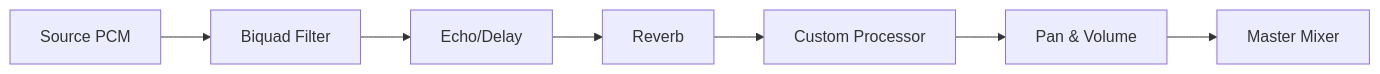
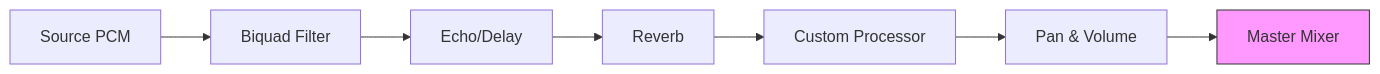
One commit to jmorel33/situation changed the seventh of 13 diagrams in situation_sdk_234.md. Above: the diagram before and after it, drawn with Mermaid. The commit also changed other lines of this file, not shown here.

````diff
--- a/situation_sdk_234.md
+++ b/situation_sdk_234.md
@@ -2191,9 +2411,11 @@
 ```mermaid
 graph LR
-PCM[Source PCM] --> Filter[Biquad Filter]
-Filter --> Echo[Echo/Delay]
-Echo --> Reverb[Reverb]
-Reverb --> Custom[Custom Processor]
-Custom --> PanVol[Pan & Volume]
-PanVol --> Mixer[Master Mixer]
+    PCM[Source PCM] --> Filter[Biquad Filter]
+    Filter --> Echo[Echo/Delay]
+    Echo --> Reverb[Reverb]
+    Reverb --> Custom[Custom Processor]
+    Custom --> PanVol[Pan & Volume]
+    PanVol --> Mixer[Master Mixer]
+
+    style Mixer fill:#f9f,stroke:#333
 ```
````
